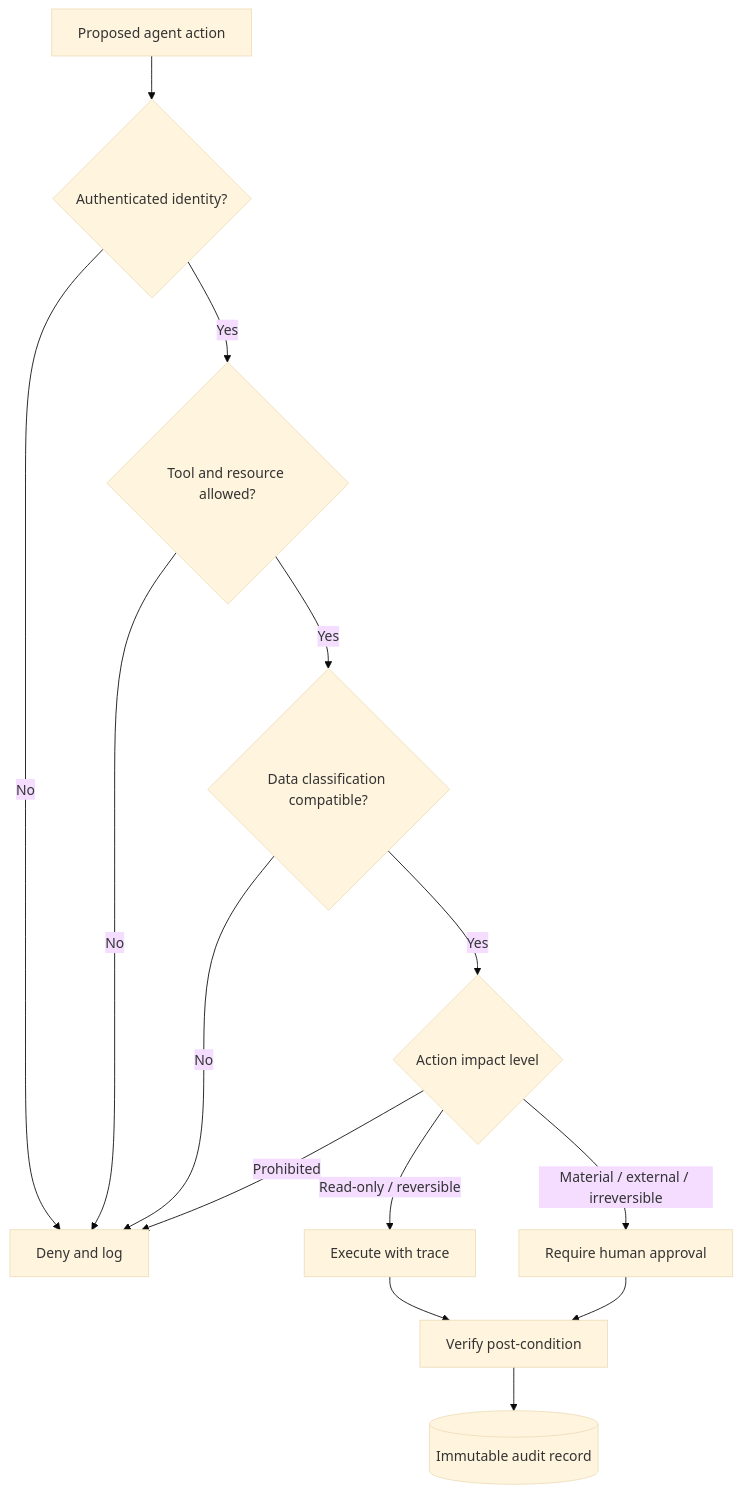
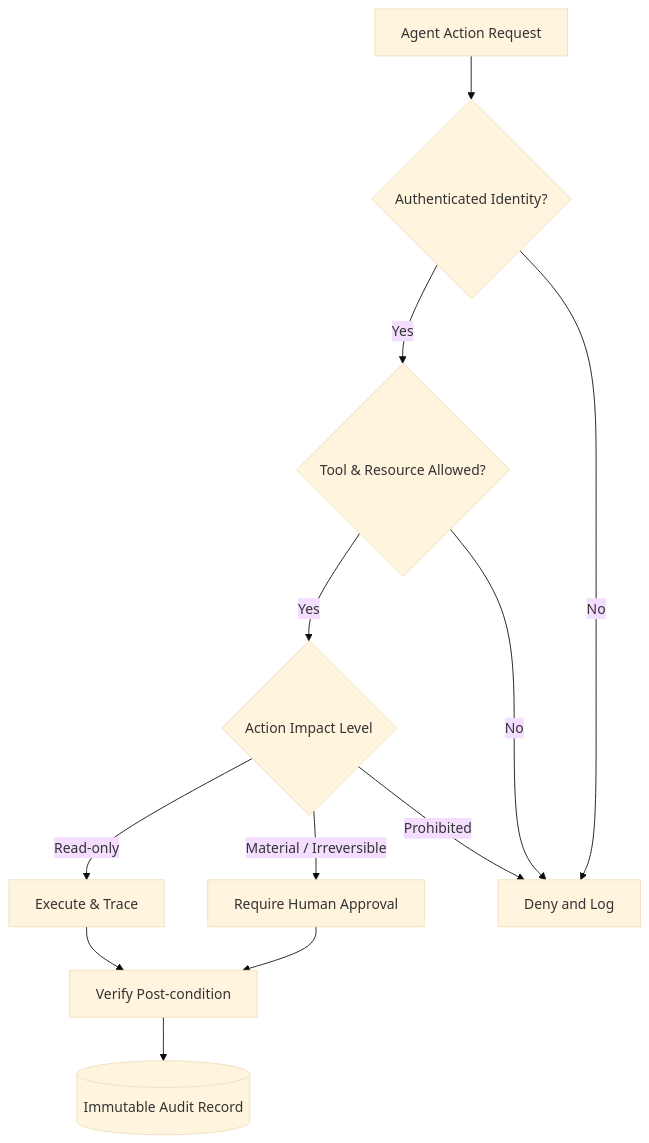
The third of 4 diagrams in jpmorgan_enterprise_ai_cto_brief.md (SawabS/temp), drawn with Mermaid (base theme) before and after one commit. The commit also changed other lines of this file, not shown here.

````diff
--- a/jpmorgan_enterprise_ai_cto_brief.md
+++ b/jpmorgan_enterprise_ai_cto_brief.md
@@ -284,20 +82,17 @@
 ```mermaid
 flowchart TB
-    REQ["Proposed agent action"] --> P1{"Authenticated identity?"}
-    P1 -->|"No"| DENY["Deny and log"]
-    P1 -->|"Yes"| P2{"Tool and resource allowed?"}
+    REQ["Agent Action Request"] --> P1{"Authenticated Identity?"}
+    P1 -->|"Yes"| P2{"Tool & Resource Allowed?"}
+    P2 -->|"Yes"| P3{"Action Impact Level"}
 
+    P3 -->|"Read-only"| AUTO["Execute & Trace"]
+    P3 -->|"Material / Irreversible"| HITL["Require Human Approval"]
+    P3 -->|"Prohibited"| DENY["Deny and Log"]
+
+    P1 -->|"No"| DENY
     P2 -->|"No"| DENY
-    P2 -->|"Yes"| P3{"Data classification compatible?"}
 
-    P3 -->|"No"| DENY
-    P3 -->|"Yes"| P4{"Action impact level"}
-
-    P4 -->|"Read-only / reversible"| AUTO["Execute with trace"]
-    P4 -->|"Material / external / irreversible"| HITL["Require human approval"]
-    P4 -->|"Prohibited"| DENY
-
-    AUTO --> VERIFY["Verify post-condition"]
+    AUTO --> VERIFY["Verify Post-condition"]
     HITL --> VERIFY
-    VERIFY --> LEDGER[("Immutable audit record")]
+    VERIFY --> LEDGER[("Immutable Audit Record")]
 ```
````
